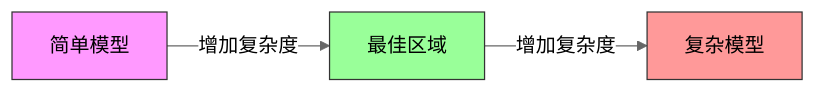
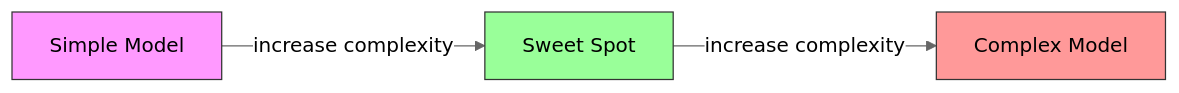
Before and after one commit to xiaojiaenen/ai-engineering-from-scratch-zh: the first of 5 diagrams in i18n/zh/phases/02-ml-fundamentals/10-bias-variance/docs/zh.md, drawn with Mermaid (neutral theme). The commit also changed other lines of this file and 18 other files, not shown here.

````diff
--- a/i18n/zh/phases/02-ml-fundamentals/10-bias-variance/docs/zh.md
+++ b/i18n/zh/phases/02-ml-fundamentals/10-bias-variance/docs/zh.md
@@ -77,9 +77,9 @@
 ```mermaid
 graph LR
-    A[简单模型] -->|增加复杂度| B[最佳区域]
-    B -->|增加复杂度| C[复杂模型]
+    A[Simple Model] -->|increase complexity| B[Sweet Spot]
+    B -->|increase complexity| C[Complex Model]
 
     style A fill:#f9f,stroke:#333
     style B fill:#9f9,stroke:#333
     style C fill:#f99,stroke:#333
 ```
````
